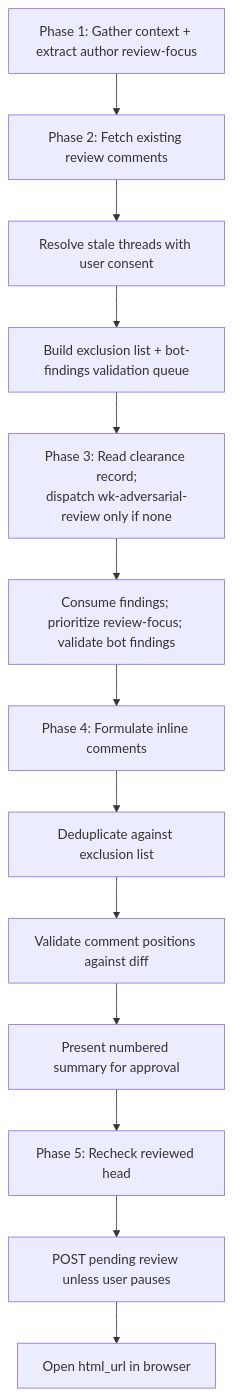
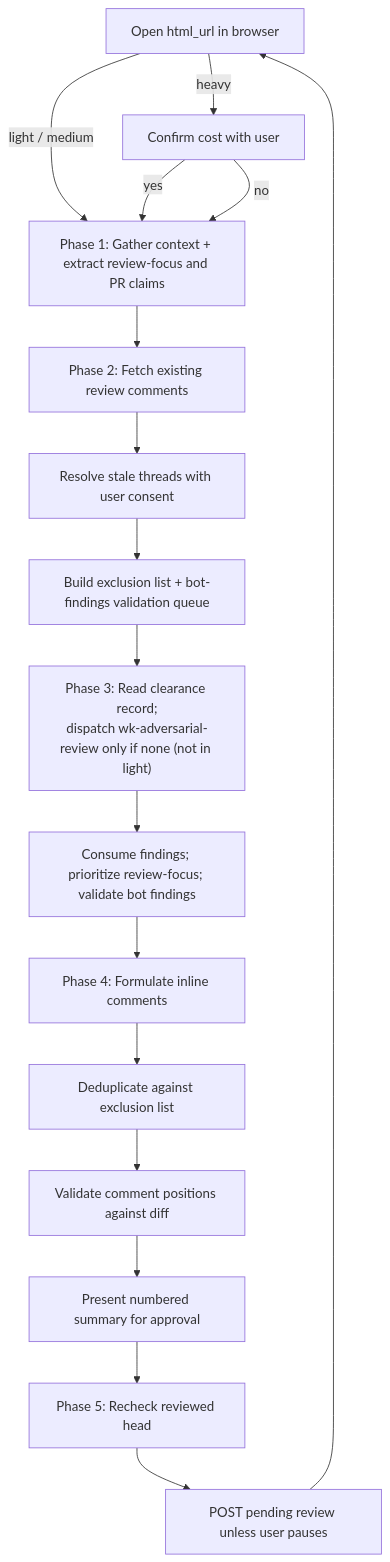
Before and after one commit to whizzzkid/skills: the diagram in skills/pr-review/README.md, drawn with Mermaid. The commit also changed other lines of this file and 3 other files, not shown here.

First line of the commit message:
feat(pr-review): 🎚️ add light, medium, and heavy review modes

````diff
--- a/skills/pr-review/README.md
+++ b/skills/pr-review/README.md
@@ -18,15 +28,19 @@
 ```mermaid
 flowchart TD
-    A[Phase 1: Gather context + extract author review-focus] --> B[Phase 2: Fetch existing review comments]
+    M{"Mode: light / medium / heavy"} -->|heavy| Q[Confirm cost with user]
+    M -->|light / medium| A
+    Q -->|yes| A
+    Q -->|no| A
+    A[Phase 1: Gather context + extract review-focus and PR claims] --> B[Phase 2: Fetch existing review comments]
     B --> C[Resolve stale threads with user consent]
     C --> D[Build exclusion list + bot-findings validation queue]
-    D --> E["Phase 3: Read clearance record;<br/>dispatch wk-adversarial-review only if none"]
+    D --> E["Phase 3: Read clearance record;<br/>dispatch wk-adversarial-review only if none (not in light)"]
     E --> F[Consume findings; prioritize review-focus; validate bot findings]
     F --> G[Phase 4: Formulate inline comments]
     G --> H[Deduplicate against exclusion list]
     H --> I[Validate comment positions against diff]
     I --> J[Present numbered summary for approval]
     J --> K["Phase 5: Recheck reviewed head"]
     K --> L[POST pending review unless user pauses]
     L --> M[Open html_url in browser]
 ```
````
